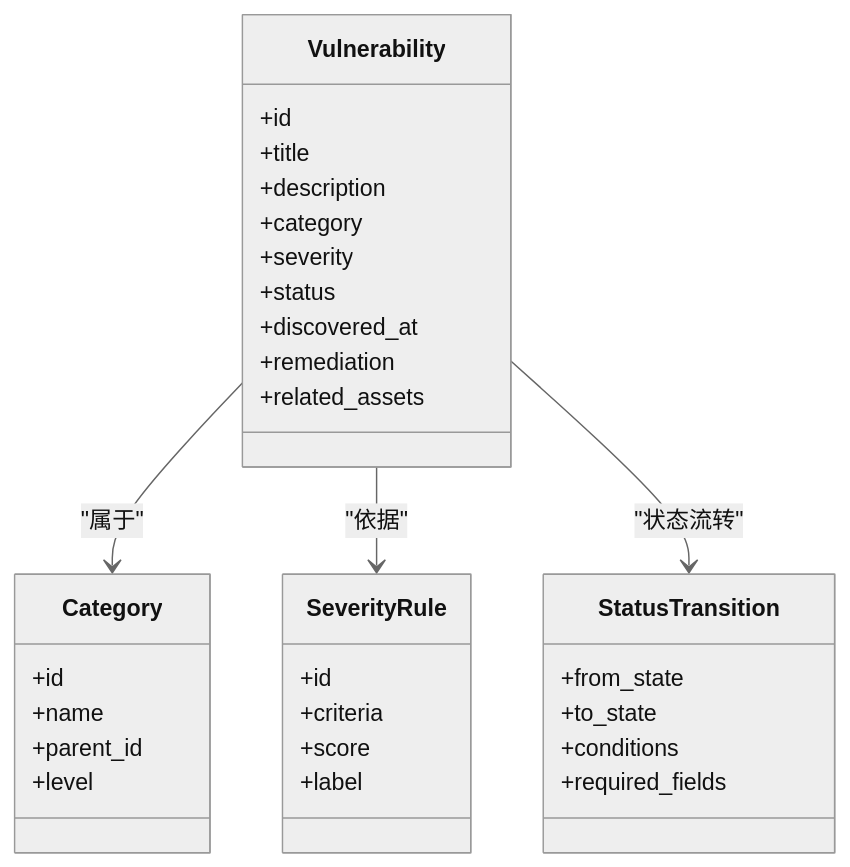
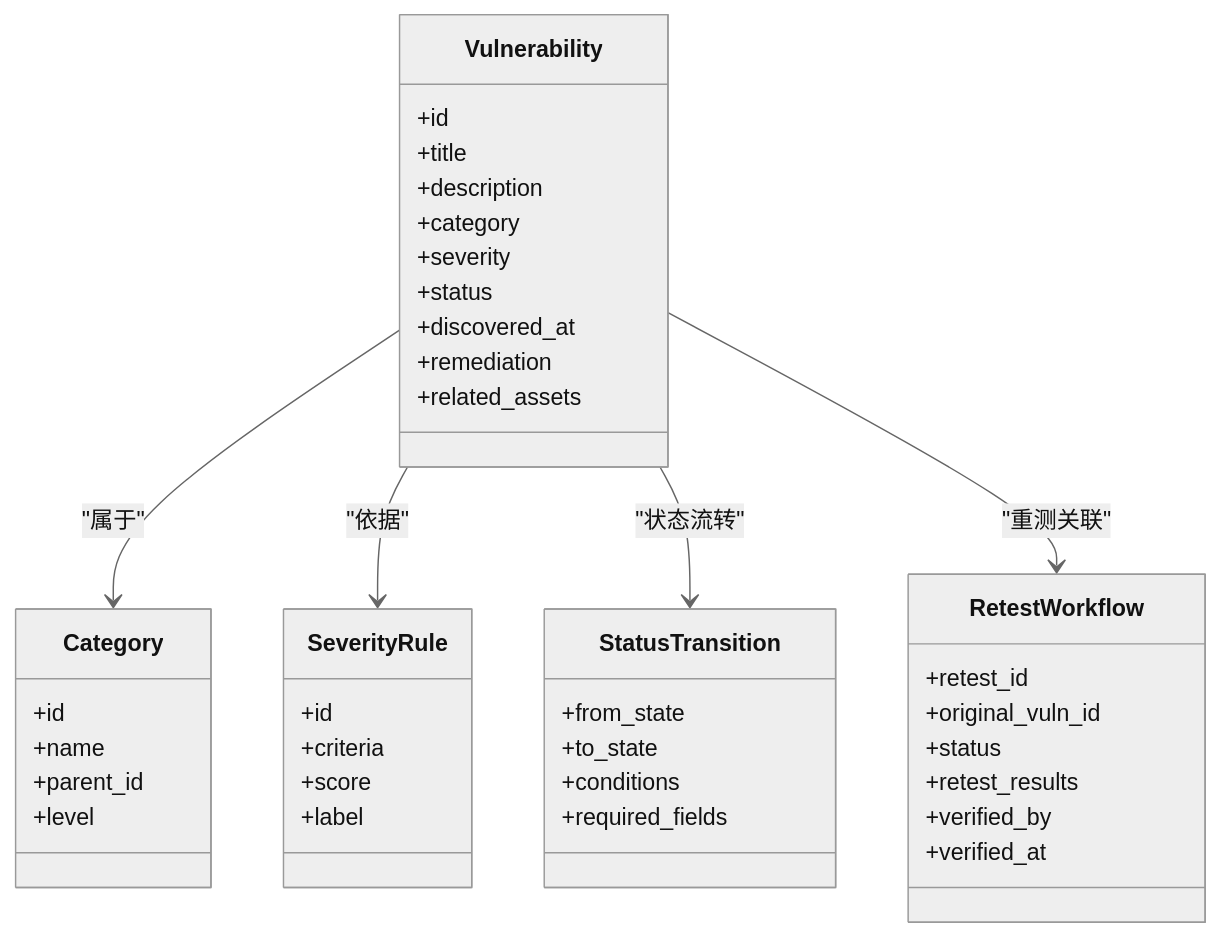
One commit to vu1Art1st/talos changed the third of 10 diagrams in .qoder/repowiki/zh/content/业务服务层/漏洞管理服务.md. Above: the diagram before and after it, drawn with Mermaid (neutral theme). The commit also changed other lines of this file and 129 other files, not shown here.

````diff
--- a/.qoder/repowiki/zh/content/业务服务层/漏洞管理服务.md
+++ b/.qoder/repowiki/zh/content/业务服务层/漏洞管理服务.md
@@ -201,35 +214,44 @@
 ```mermaid
 classDiagram
 class Vulnerability {
 +id
 +title
 +description
 +category
 +severity
 +status
 +discovered_at
 +remediation
 +related_assets
 }
 class Category {
 +id
 +name
 +parent_id
 +level
 }
 class SeverityRule {
 +id
 +criteria
 +score
 +label
 }
 class StatusTransition {
 +from_state
 +to_state
 +conditions
 +required_fields
 }
+class RetestWorkflow {
++retest_id
++original_vuln_id
++status
++retest_results
++verified_by
++verified_at
+}
 Vulnerability --> Category : "属于"
 Vulnerability --> SeverityRule : "依据"
 Vulnerability --> StatusTransition : "状态流转"
+Vulnerability --> RetestWorkflow : "重测关联"
 ```
````
